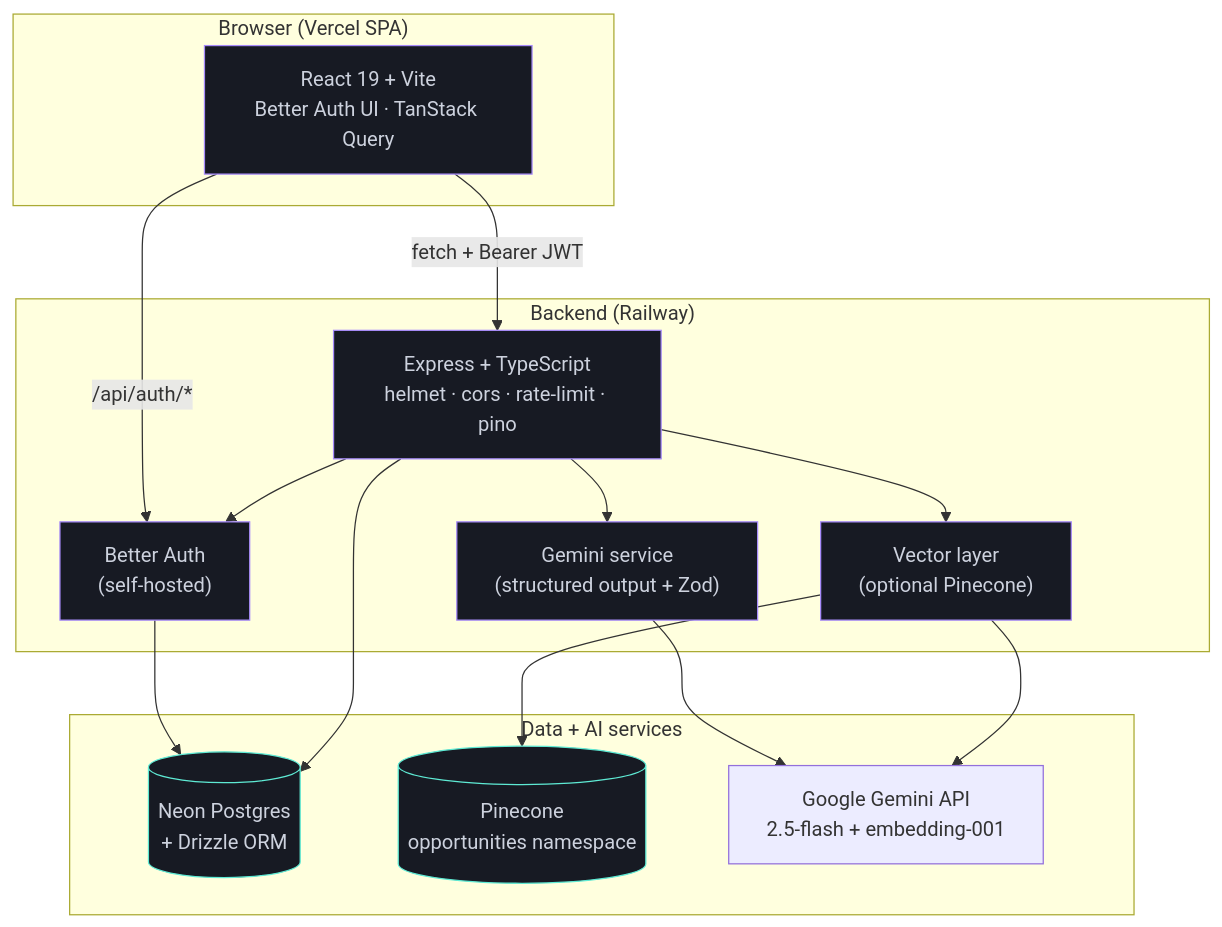
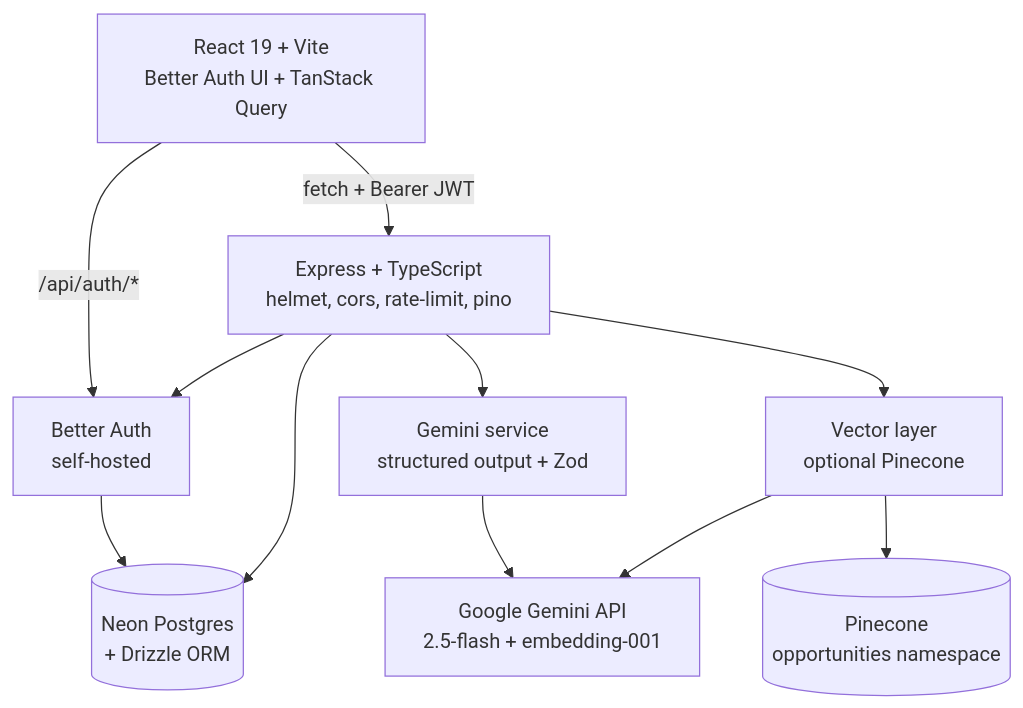
The first of 4 diagrams in README.md (WomB0ComB0/ramhacks-26), drawn with Mermaid before and after one commit. The commit also changed other lines of this file, not shown here.

First line of the commit message:
docs(readme): fix mermaid render errors

````diff
--- a/README.md
+++ b/README.md
@@ -25,35 +25,22 @@
 ```mermaid
 graph TD
-    subgraph Browser["Browser (Vercel SPA)"]
-      UI["React 19 + Vite<br/>Better Auth UI · TanStack Query"]
-    end
+    UI["React 19 + Vite<br/>Better Auth UI + TanStack Query"]
+    API["Express + TypeScript<br/>helmet, cors, rate-limit, pino"]
+    AUTH["Better Auth<br/>self-hosted"]
+    AI["Gemini service<br/>structured output + Zod"]
+    VEC["Vector layer<br/>optional Pinecone"]
+    NEON[("Neon Postgres<br/>+ Drizzle ORM")]
+    PIN[("Pinecone<br/>opportunities namespace")]
+    GEM["Google Gemini API<br/>2.5-flash + embedding-001"]
 
-    subgraph Edge["Backend (Railway)"]
-      API["Express + TypeScript<br/>helmet · cors · rate-limit · pino"]
-      AUTH["Better Auth<br/>(self-hosted)"]
-      AI["Gemini service<br/>(structured output + Zod)"]
-      VEC["Vector layer<br/>(optional Pinecone)"]
-    end
-
-    subgraph Stores["Data + AI services"]
-      NEON[("Neon Postgres<br/>+ Drizzle ORM")]
-      PIN[("Pinecone<br/>opportunities namespace")]
-      GEM["Google Gemini API<br/>2.5-flash + embedding-001"]
-    end
-
-    UI -- "fetch + Bearer JWT" --> API
-    UI -- "/api/auth/*" --> AUTH
+    UI -->|fetch + Bearer JWT| API
+    UI -->|/api/auth/*| AUTH
     API --> AUTH
     AUTH --> NEON
     API --> AI
     API --> VEC
     AI --> GEM
     VEC --> PIN
     VEC --> GEM
     API --> NEON
-
-    classDef store fill:#171a23,stroke:#5eead4,color:#cdd2de;
-    classDef svc fill:#171a23,stroke:#a78bfa,color:#cdd2de;
-    class NEON,PIN store;
-    class API,AUTH,AI,VEC,UI svc;
 ```
````
